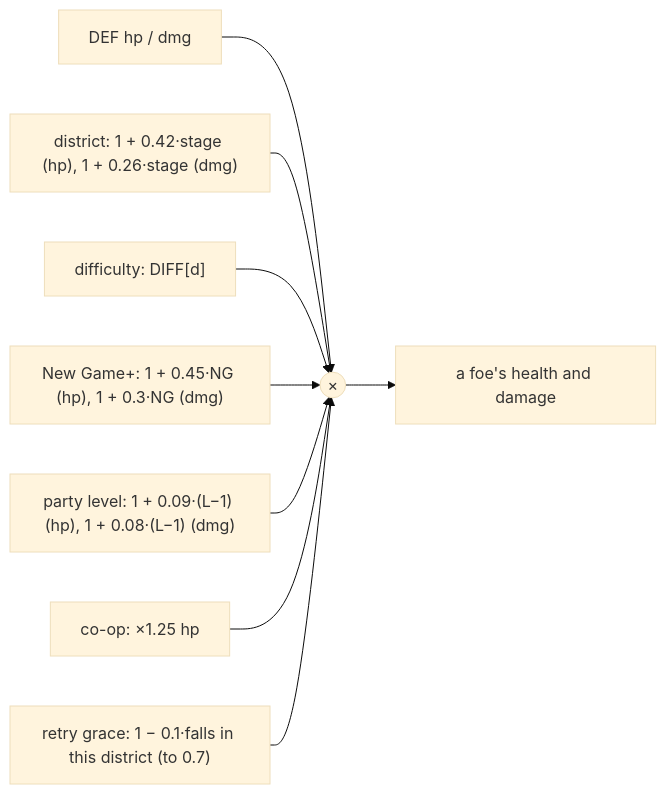
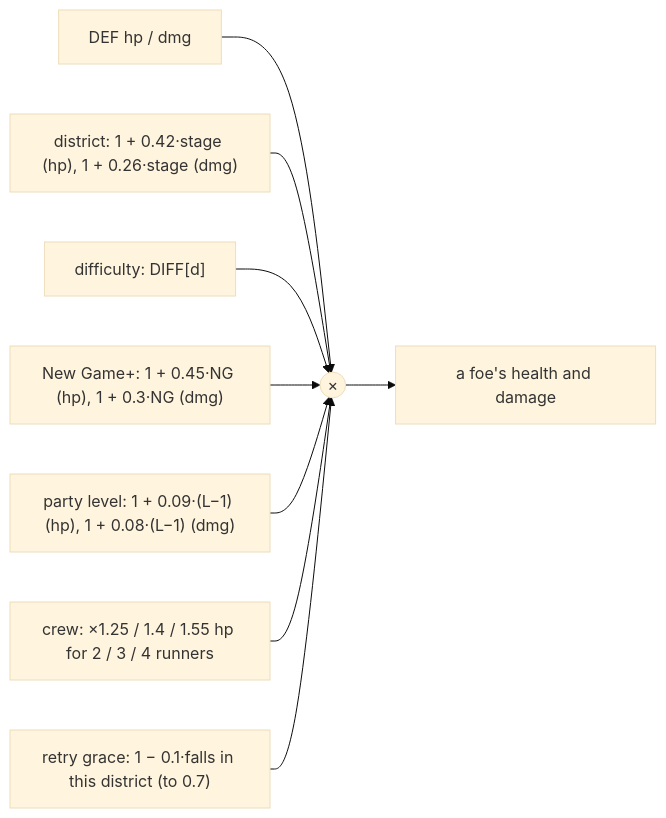
Before and after one commit to CptNope/Cyber-City-Tactics: the diagram in docs/wiki/Balancing.md, drawn with Mermaid (base theme). The commit also changed other lines of this file and 27 other files, not shown here.

````diff
--- a/docs/wiki/Balancing.md
+++ b/docs/wiki/Balancing.md
@@ -7,11 +7,11 @@
 ```mermaid
 flowchart LR
   BASE["DEF hp / dmg"] --> X(("×"))
   ST["district: 1 + 0.42·stage (hp), 1 + 0.26·stage (dmg)"] --> X
   DF["difficulty: DIFF[d]"] --> X
   NG["New Game+: 1 + 0.45·NG (hp), 1 + 0.3·NG (dmg)"] --> X
   LV["party level: 1 + 0.09·(L−1) (hp), 1 + 0.08·(L−1) (dmg)"] --> X
-  CO["co-op: ×1.25 hp"] --> X
+  CO["crew: ×1.25 / 1.4 / 1.55 hp for 2 / 3 / 4 runners"] --> X
   GR["retry grace: 1 − 0.1·falls in this district (to 0.7)"] --> X
   X --> FOE[a foe's health and damage]
 ```
````
